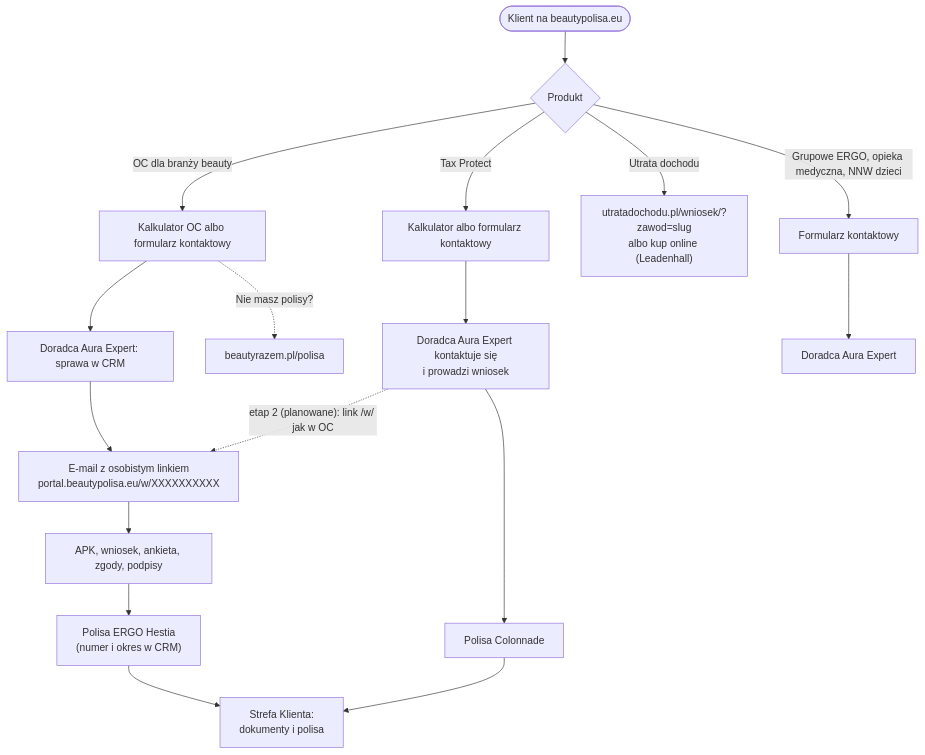
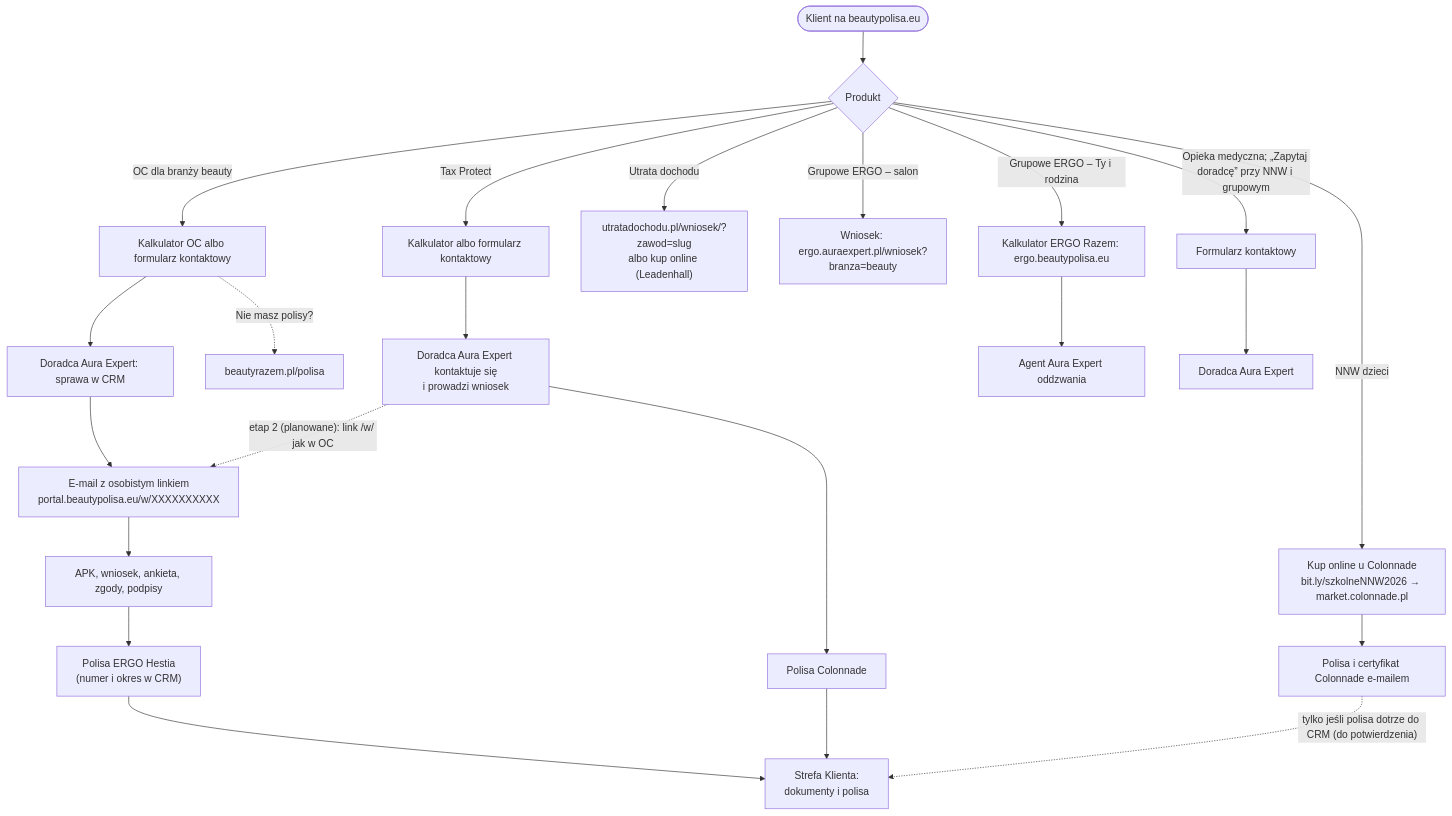
One commit to aurabroker/beautypolisa changed the first of 2 diagrams in docs/koncepcja/12-integracja-apk-wniosek-polisa.md. Above: the diagram before and after it, drawn with Mermaid. The commit also changed other lines of this file and 24 other files, not shown here.

First line of the commit message:
Informacje o agencie (IDD) w stopkach wszystkich stron i dokumentacja NNW/grupowe/IDD (etap 1); treść stron w toku

````diff
--- a/docs/koncepcja/12-integracja-apk-wniosek-polisa.md
+++ b/docs/koncepcja/12-integracja-apk-wniosek-polisa.md
@@ -80,22 +81,29 @@
 ```mermaid
 flowchart TD
   start(["Klient na beautypolisa.eu"]) --> prod{"Produkt"}
 
   prod -->|"OC dla branży beauty"| ocIn["Kalkulator OC albo formularz kontaktowy"]
   ocIn --> ocD["Doradca Aura Expert: sprawa w CRM"]
   ocD --> ocMail["E-mail z osobistym linkiem<br/>portal.beautypolisa.eu/w/XXXXXXXXXX"]
   ocMail --> ocW["APK, wniosek, ankieta, zgody, podpisy"]
   ocW --> ocPol["Polisa ERGO Hestia<br/>(numer i okres w CRM)"]
   ocPol --> strefa["Strefa Klienta:<br/>dokumenty i polisa"]
   ocIn -.->|"Nie masz polisy?"| brazem["beautyrazem.pl/polisa"]
 
   prod -->|"Tax Protect"| tpIn["Kalkulator albo formularz kontaktowy"]
   tpIn --> tpD["Doradca Aura Expert kontaktuje się<br/>i prowadzi wniosek"]
   tpD --> tpPol["Polisa Colonnade"]
   tpPol --> strefa
   tpD -.->|"etap 2 (planowane): link /w/ jak w OC"| ocMail
 
   prod -->|"Utrata dochodu"| ud["utratadochodu.pl/wniosek/?zawod=slug<br/>albo kup online (Leadenhall)"]
 
-  prod -->|"Grupowe ERGO, opieka medyczna, NNW dzieci"| other["Formularz kontaktowy"] --> otherD["Doradca Aura Expert"]
+  prod -->|"NNW dzieci"| nnw["Kup online u Colonnade<br/>bit.ly/szkolneNNW2026 → market.colonnade.pl"]
+  nnw --> nnwPol["Polisa i certyfikat Colonnade e-mailem"]
+  nnwPol -.->|"tylko jeśli polisa dotrze do CRM (do potwierdzenia)"| strefa
+
+  prod -->|"Grupowe ERGO – salon"| gSal["Wniosek: ergo.auraexpert.pl/wniosek?branza=beauty"]
+  prod -->|"Grupowe ERGO – Ty i rodzina"| gRaz["Kalkulator ERGO Razem: ergo.beautypolisa.eu"] --> gAgent["Agent Aura Expert oddzwania"]
+
+  prod -->|"Opieka medyczna; „Zapytaj doradcę” przy NNW i grupowym"| other["Formularz kontaktowy"] --> otherD["Doradca Aura Expert"]
 ```
````
